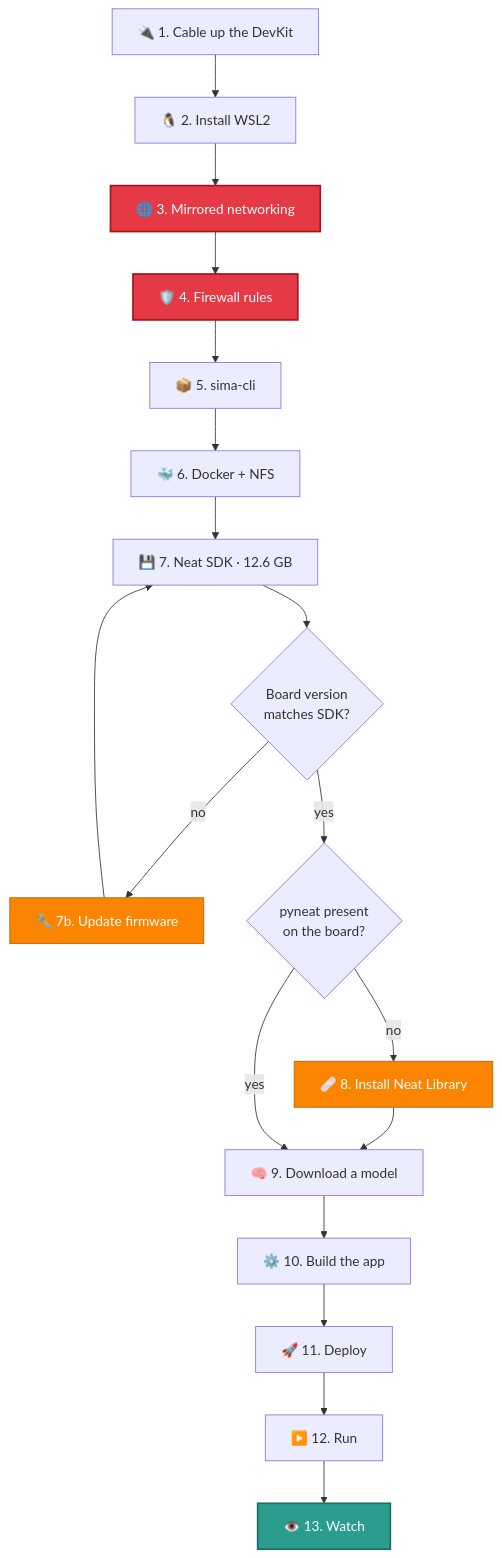
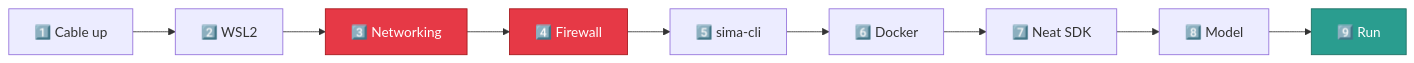
The diagram in README.md (RizwanMunawar/sima-projects), drawn with Mermaid before and after one commit. The commit also changed other lines of this file and 1 other file, not shown here.

````diff
--- a/README.md
+++ b/README.md
@@ -159,26 +57,15 @@
 ```mermaid
-flowchart TD
-    A["🔌 1. Cable up the DevKit"] --> B["🐧 2. Install WSL2"]
-    B --> C["🌐 3. Mirrored networking"]
-    C --> D["🛡️ 4. Firewall rules"]
-    D --> E["📦 5. sima-cli"]
-    E --> F["🐳 6. Docker + NFS"]
-    F --> G["💾 7. Neat SDK · 12.6 GB"]
-    G --> H{"Board version<br/>matches SDK?"}
-    H -->|no| I["🔧 7b. Update firmware"]
-    I --> G
-    H -->|yes| J{"pyneat present<br/>on the board?"}
-    J -->|no| K["🩹 8. Install Neat Library"]
-    K --> L
-    J -->|yes| L["🧠 9. Download a model"]
-    L --> M["⚙️ 10. Build the app"]
-    M --> N["🚀 11. Deploy"]
-    N --> O["▶️ 12. Run"]
-    O --> P["👁️ 13. Watch"]
+flowchart LR
+    A["1️⃣ Cable up"] --> B["2️⃣ WSL2"]
+    B --> C["3️⃣ Networking"]
+    C --> D["4️⃣ Firewall"]
+    D --> E["5️⃣ sima-cli"]
+    E --> F["6️⃣ Docker"]
+    F --> G["7️⃣ Neat SDK"]
+    G --> H["8️⃣ Model"]
+    H --> I["9️⃣ Run"]
 
-    style C fill:#E63946,stroke:#A4161A,color:#fff,stroke-width:2px
-    style D fill:#E63946,stroke:#A4161A,color:#fff,stroke-width:2px
-    style I fill:#FB8500,stroke:#C25E00,color:#fff
-    style K fill:#FB8500,stroke:#C25E00,color:#fff
-    style P fill:#2A9D8F,stroke:#1B6E63,color:#fff,stroke-width:2px
+    style C fill:#E63946,stroke:#A4161A,color:#fff
+    style D fill:#E63946,stroke:#A4161A,color:#fff
+    style I fill:#2A9D8F,stroke:#1B6E63,color:#fff
 ```
````
